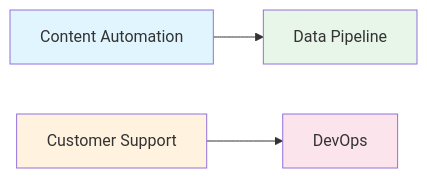
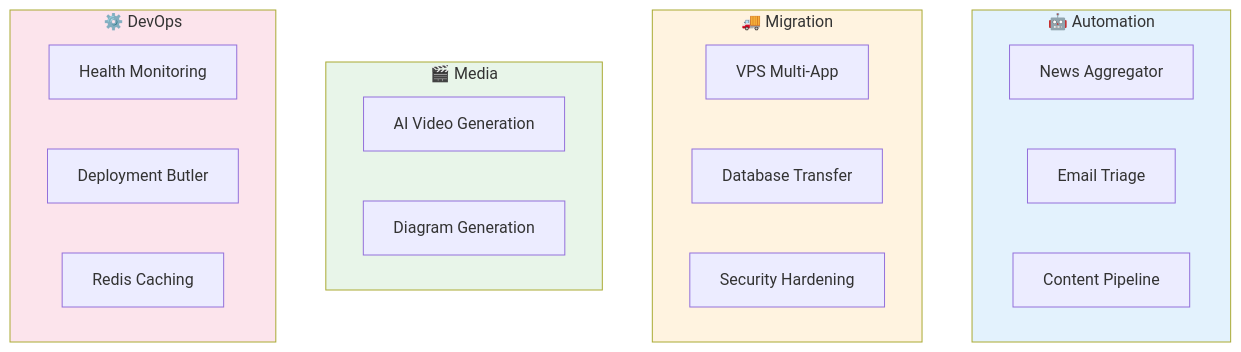
The fourth of 5 diagrams in README.md (fanani-radian/openclaw-sumopod), drawn with Mermaid before and after one commit. The commit also changed other lines of this file, not shown here.

First line of the commit message:
docs: Update README with VPS migration use cases and navigation

````diff
--- a/README.md
+++ b/README.md
@@ -132,9 +158,30 @@
 ```mermaid
-graph LR
-    A[Content Automation] --> B[Data Pipeline]
-    C[Customer Support] --> D[DevOps]
-    style A fill:#e1f5fe
-    style B fill:#e8f5e9
-    style C fill:#fff3e0
-    style D fill:#fce4ec
+flowchart TB
+    subgraph Automation["🤖 Automation"]
+        A1[News Aggregator]
+        A2[Email Triage]
+        A3[Content Pipeline]
+    end
+    
+    subgraph Migration["🚚 Migration"]
+        M1[VPS Multi-App]
+        M2[Database Transfer]
+        M3[Security Hardening]
+    end
+    
+    subgraph Media["🎬 Media"]
+        V1[AI Video Generation]
+        V2[Diagram Generation]
+    end
+    
+    subgraph DevOps["⚙️ DevOps"]
+        D1[Health Monitoring]
+        D2[Deployment Butler]
+        D3[Redis Caching]
+    end
+    
+    style Automation fill:#e3f2fd
+    style Migration fill:#fff3e0
+    style Media fill:#e8f5e9
+    style DevOps fill:#fce4ec
 ```
````
